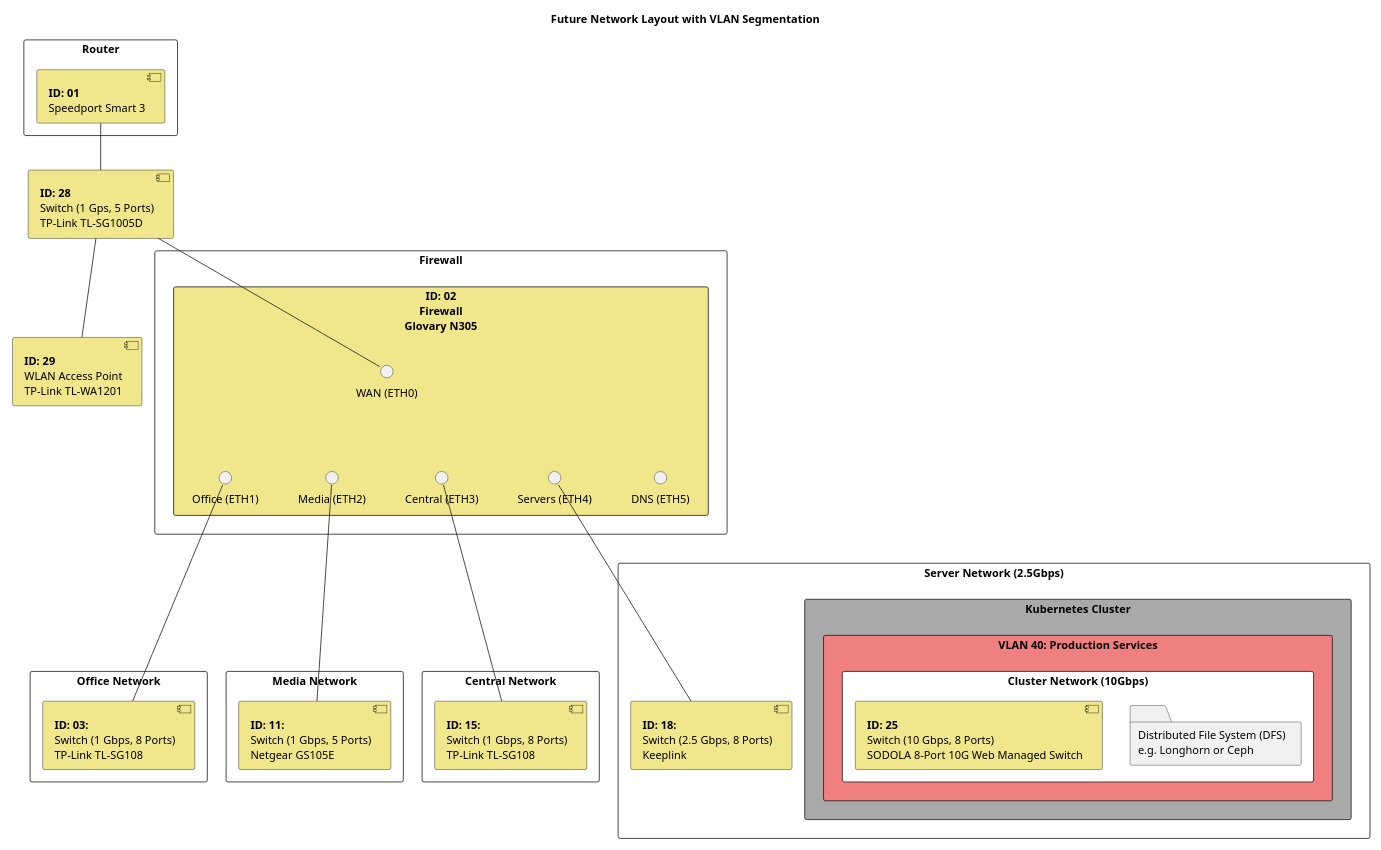
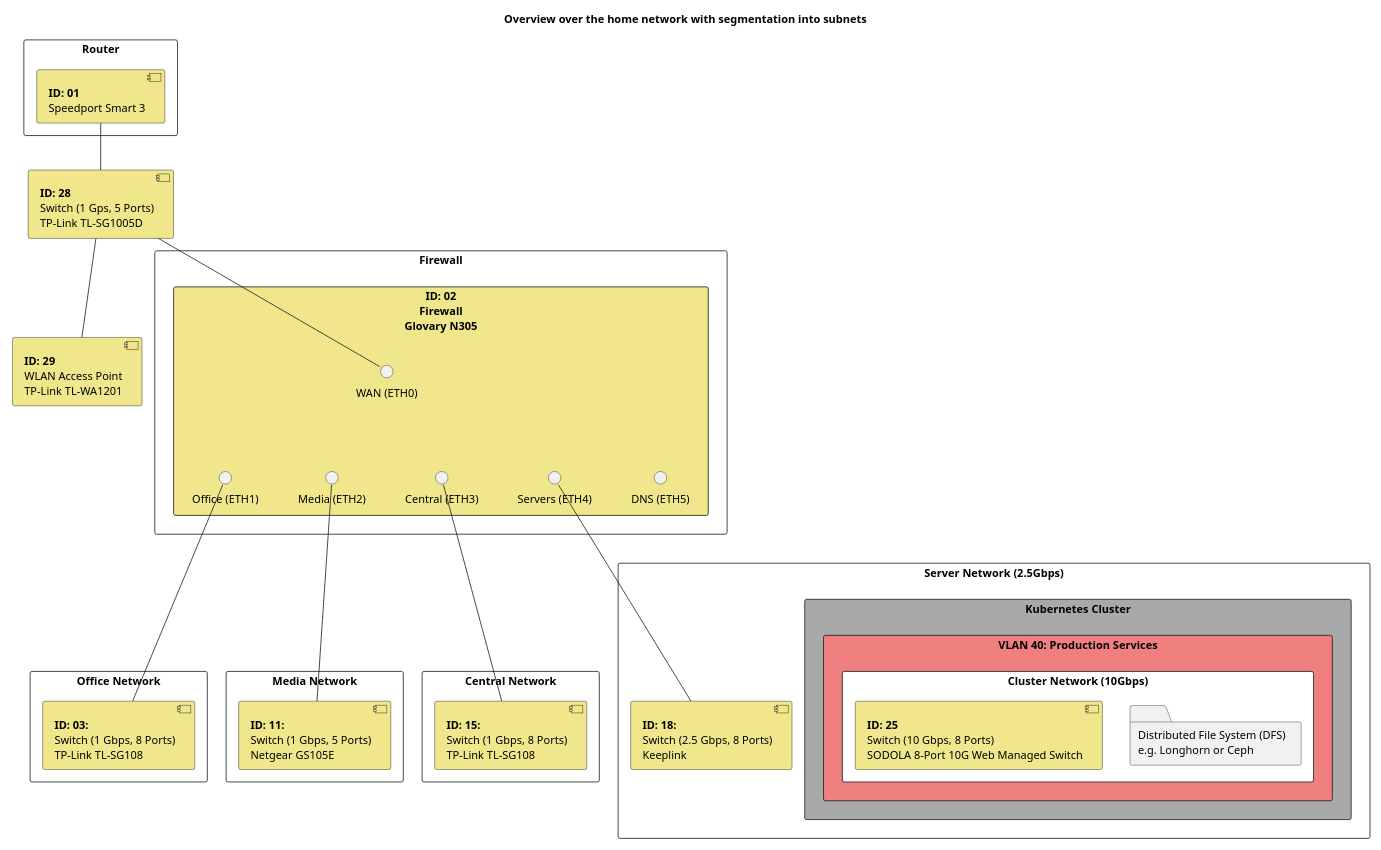
Before and after one commit to StefanSchade/setup-linux: the diagram in home/update/network-planned-10gb.puml, drawn with PlantUML. The commit also changed 8 other files, not shown here.

```diff
--- a/home/update/network-planned-10gb.puml
+++ b/home/update/network-planned-10gb.puml
@@ -1,74 +1,74 @@
 @startuml
-title Future Network Layout with VLAN Segmentation
+title Overview over the home network with segmentation into subnets
 
 skinparam maxWidth 2000
 skinparam maxHeight 900
 scale 0.7
 
 skinparam component {
     BackgroundColor Khaki
     BorderColor Black
     FontColor Black
 }
 
 rectangle "Router" as Router {
     [**ID: 01**\nSpeedport Smart 3] as ROUTER_DEVICE
 }
 
 [**ID: 28**\nSwitch (1 Gps, 5 Ports)\nTP-Link TL-SG1005D] as SWITCH_REPEATER
 
 [**ID: 29**\nWLAN Access Point\nTP-Link TL-WA1201] as REPEATER
 
 rectangle "Firewall" as DOMAIN_FIREWALL {
 	rectangle "**ID: 02**\nFirewall\nGlovary N305" as FW_DEVICE #Khaki {
     		circle "WAN (ETH0)" as FW_ETH_WAN
     		circle "Office (ETH1)" as FW_ETHERNET_OFFICE
     		circle "Media (ETH2)" as FW_ETHERNET_MEDIA
     		circle "Central (ETH3)" as FW_ETH_CENTRAL
     		circle "Servers (ETH4)" as FW_ETH_SERVERS
     		circle "DNS (ETH5)" as FW_ETH_FREE
 	}
 }
 
 rectangle "Media Network" as Media {
     [**ID: 11:**\nSwitch (1 Gbps, 5 Ports)\nNetgear GS105E] as SWITCH_MEDIA
 }
 
 rectangle "Central Network" as Central {
     [**ID: 15:**\nSwitch (1 Gbps, 8 Ports)\nTP-Link TL-SG108] as SWITCH_CENTRAL
 }
 
 rectangle "Office Network" as Office {
     [**ID: 03:**\nSwitch (1 Gbps, 8 Ports)\nTP-Link TL-SG108] as SWITCH_OFFICE 
 }
 
 rectangle "Server Network (2.5Gbps)" as ServerNet {
     [**ID: 18:**\nSwitch (2.5 Gbps, 8 Ports)\nKeeplink] as SWITCH_SERVERS
 
     rectangle "Kubernetes Cluster" as K8s #Darkgrey {
 	    rectangle "VLAN 40: Production Services" as VLAN40 #LightCoral {
 		rectangle "Cluster Network (10Gbps)" as ClusterNet #White {
     			folder "Distributed File System (DFS)\ne.g. Longhorn or Ceph" as DFS
         		[**ID: 25**\nSwitch (10 Gbps, 8 Ports)\nSODOLA 8-Port 10G Web Managed Switch] as SWITCH_CLUSTER
 	}
     	  }
      }
 }
 
 ROUTER_DEVICE -- SWITCH_REPEATER
 SWITCH_REPEATER -- REPEATER
 SWITCH_REPEATER -- FW_ETH_WAN
 
 FW_ETH_WAN -[hidden]- FW_ETHERNET_OFFICE
 FW_ETH_WAN -[hidden]- FW_ETHERNET_MEDIA
 FW_ETH_WAN -[hidden]- FW_ETH_CENTRAL
 FW_ETH_WAN -[hidden]- FW_ETH_SERVERS
 FW_ETH_WAN -[hidden]- FW_ETH_FREE
 
 FW_ETHERNET_OFFICE --- SWITCH_OFFICE
 FW_ETHERNET_MEDIA --- SWITCH_MEDIA
 FW_ETH_CENTRAL --- SWITCH_CENTRAL
 FW_ETH_SERVERS --- SWITCH_SERVERS
 
 
 @enduml
```
